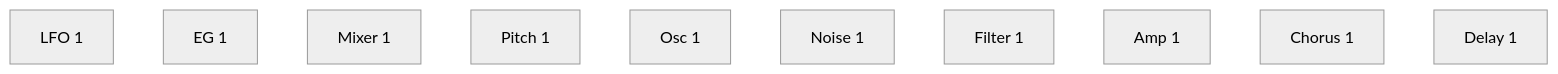
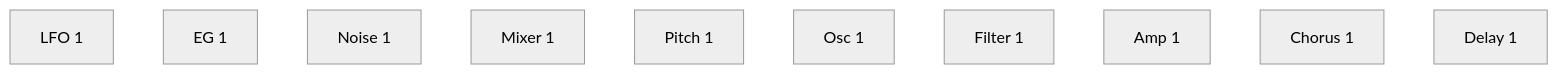
The second of 6 diagrams in spms1_type2/README.ja.md (risgk/midi_synthesizer_spms1), drawn with Mermaid (neutral theme) before and after one commit. The commit also changed other lines of this file and 7 other files, not shown here.

First line of the commit message:
type-2: Run Noise 1 with the modulation sources, ahead of Mixer 1

````diff
--- a/spms1_type2/README.ja.md
+++ b/spms1_type2/README.ja.md
@@ -214,4 +215,4 @@
 ```mermaid
 flowchart LR
-  LFO[LFO 1] ~~~ EG[EG 1] ~~~ MIX1[Mixer 1] ~~~ PITCH[Pitch 1] ~~~ OSC[Osc 1] ~~~ NOISE[Noise 1] ~~~ FILTER[Filter 1] ~~~ AMP[Amp 1] ~~~ CHORUS[Chorus 1] ~~~ DELAY[Delay 1]
+  LFO[LFO 1] ~~~ EG[EG 1] ~~~ NOISE[Noise 1] ~~~ MIX1[Mixer 1] ~~~ PITCH[Pitch 1] ~~~ OSC[Osc 1] ~~~ FILTER[Filter 1] ~~~ AMP[Amp 1] ~~~ CHORUS[Chorus 1] ~~~ DELAY[Delay 1]
 ```
````
